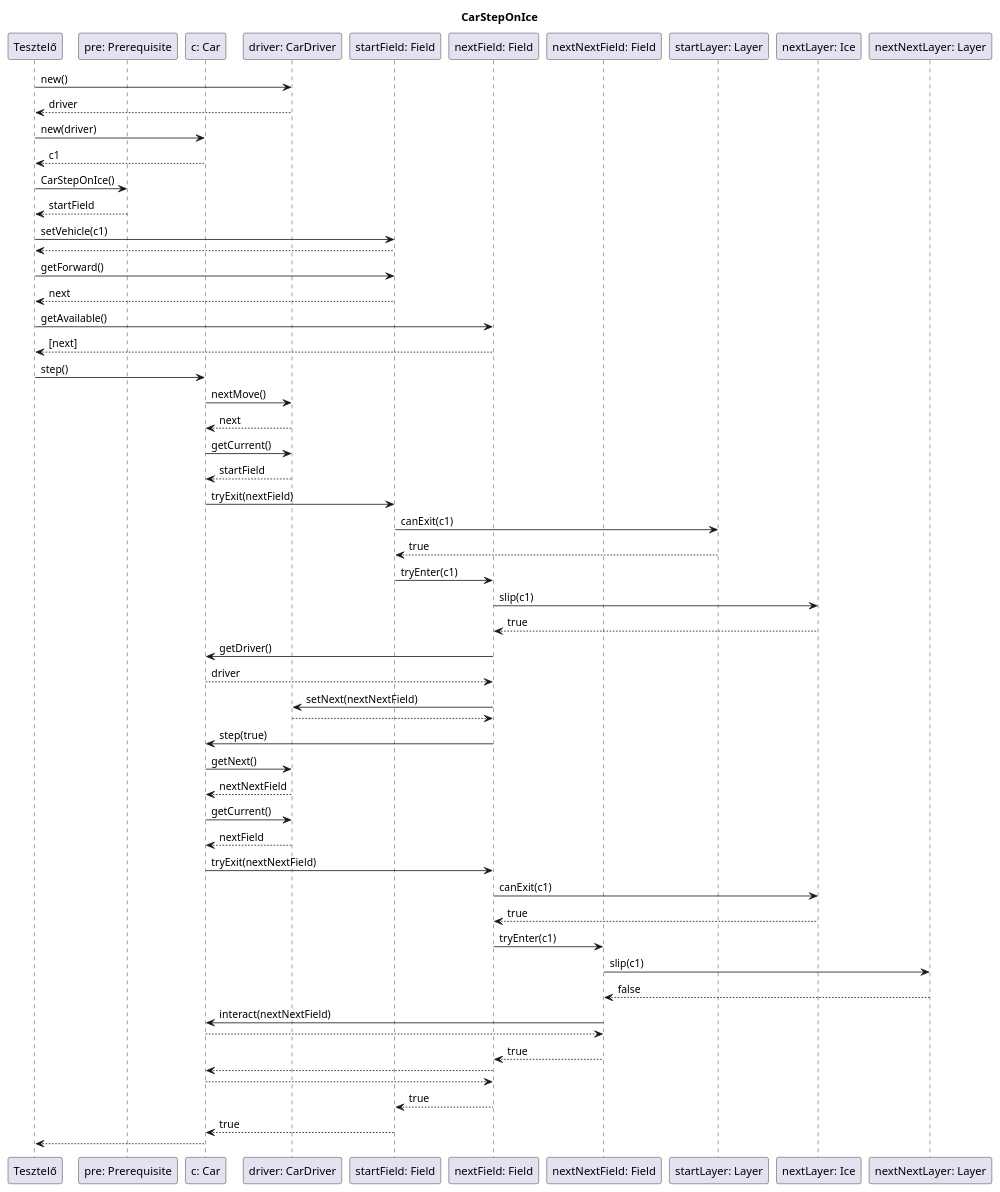
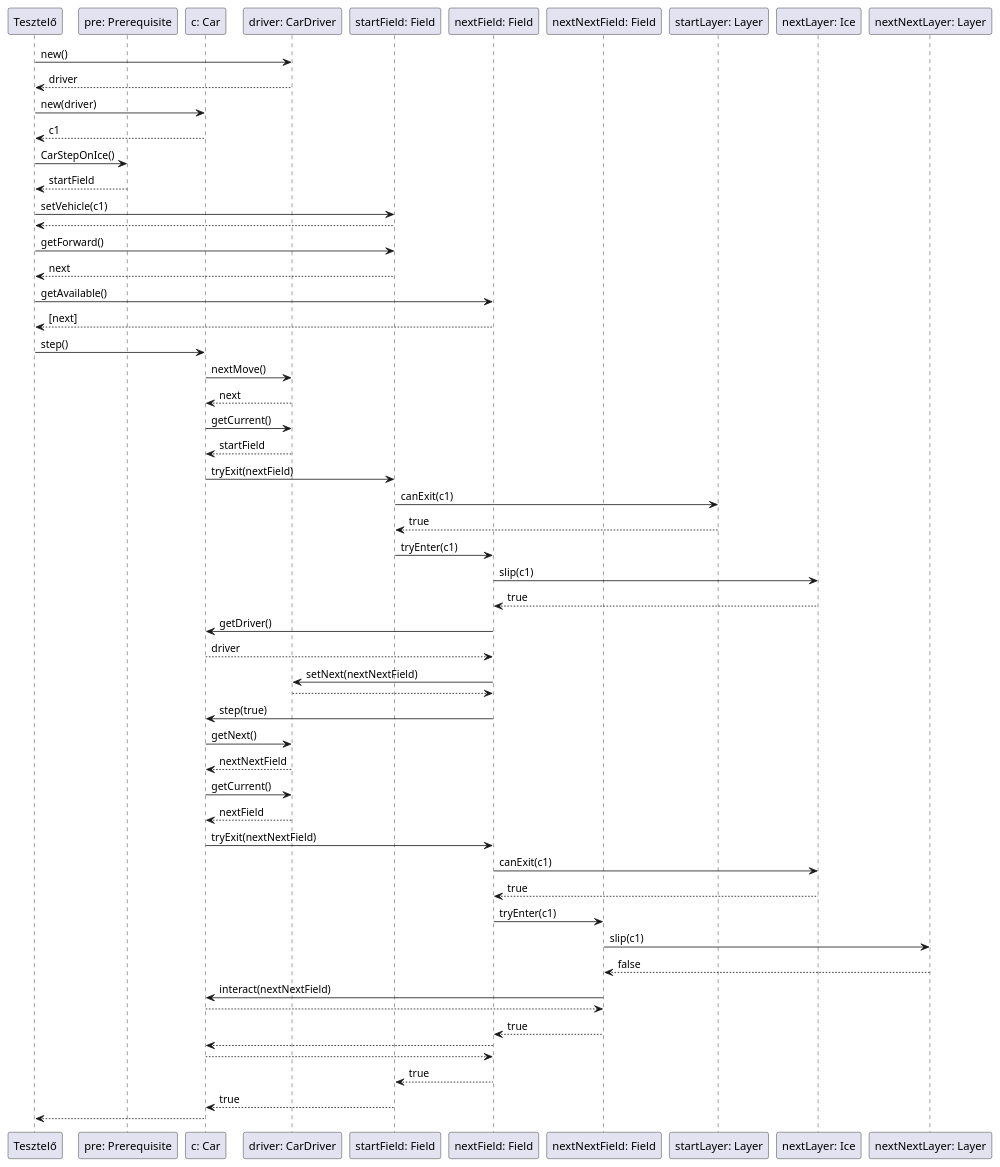
One commit to uhrinandor/spring changed the diagram in docs/skeleton/car/CarStepOnIce.plantuml. Above: the diagram before and after it, drawn with PlantUML. The commit also changed 10 other files, not shown here.

```diff
--- a/docs/skeleton/car/CarStepOnIce.plantuml
+++ b/docs/skeleton/car/CarStepOnIce.plantuml
@@ -1,118 +1,117 @@
 @startuml
 /'komm diagram: 3 egymast koveto mezo kozepson jeg'/
 /'CarStepOnIce'/
-title CarStepOnIce
 participant "Tesztelő" as tester
 participant "pre: Prerequisite" as pre
 participant "c: Car" as c1
 participant "driver: CarDriver" as driver
 participant "startField: Field" as startField
 participant "nextField: Field" as nextField
 participant "nextNextField: Field" as nextNextField
 participant "startLayer: Layer" as startLayer
 participant "nextLayer: Ice" as nextLayer
 participant "nextNextLayer: Layer" as nextNextLayer
 /'letrehoz egy cardrivert'/
 tester->driver:new()
 driver-->tester:driver
 
 /'letrehozza az autot a cardriverrel'/
 tester->c1:new(driver)
 c1-->tester:c1
 
 /'pre megadja a kezdo mezot'/
 tester->pre:CarStepOnIce()
 pre-->tester:startField
 
 /'az elso mezo beallitja az autot'/
 tester->startField: setVehicle(c1)
 startField-->tester:
 
 /'megkerdezi az elso mezot hogy mi a kovetkezo IRoad'/
 tester->startField: getForward()
 startField-->tester:next
 
 /'elkeri a Field-ek listajat a kovetkezo IRoad-tol'/
 tester->nextField:getAvailable()
 nextField-->tester: [next]
 
 tester->c1: step()
 
 /'beallitja a kovetkezo lepest'/
 c1->driver: nextMove()
 driver-->c1:next
 
 /'lekerdezi az auto aktualis mezojet'/
 c1 -> driver: getCurrent()
 driver --> c1: startField
 
 /'auto megprobal kilepni'/
 c1 -> startField: tryExit(nextField)
 
 /'auto megkerdezi h kilephet-e'/
 startField -> startLayer: canExit(c1)
 startLayer --> startField: true
 
 /'megprobal belepni a kov mezore'/
 startField -> nextField: tryEnter(c1)
 
 /'megcsuszik'/
 nextField -> nextLayer: slip(c1)
 nextLayer --> nextField: true
 
 /'lekerdezi a sofort'/
 nextField -> c1: getDriver()
 c1 --> nextField: driver
 
 /'beallitja a kovetkezo mezot'/
 nextField -> driver: setNext(nextNextField)
 driver --> nextField:
 
 /'forced==true mert kotelezo megcsuszas'/
 nextField -> c1: step(true)
 
 /'lekeri a kov mezot'/
 c1 -> driver: getNext()
 driver --> c1: nextNextField
 
 /'lekeri az aktualis mezot'/
 c1 -> driver: getCurrent()
 driver --> c1: nextField
 
 /'megprobal lelepni a jegrol'/
 c1 -> nextField: tryExit(nextNextField)
 
 /'lelephet'/
 nextField -> nextLayer: canExit(c1)
 nextLayer --> nextField: true
 
 /'megprobal belepni a harmadik mezore'/
 nextField -> nextNextField: tryEnter(c1)
 
 /'a kovetkezon mar nem csuszik meg'/
 nextNextField -> nextNextLayer: slip(c1)
 nextNextLayer --> nextNextField: false
 
 /'megnezi h odaert-e a vegallomasahoz'/
 nextNextField -> c1: interact(nextNextField)
 c1 --> nextNextField: 
 
 /'tryEnter-re valasz sikerult belepni'/
 nextNextField --> nextField: true
 
 /'tryExit-re a valasz'/
 nextField --> c1:
 
 /'step-re a valasz'/
 c1 --> nextField:
 
 /'tryEnter-re a valasz'/
 nextField --> startField: true
 
 /'tryExit'/
 startField --> c1: true
 
 /'step'/
 c1 --> tester:
 
 @enduml
```
